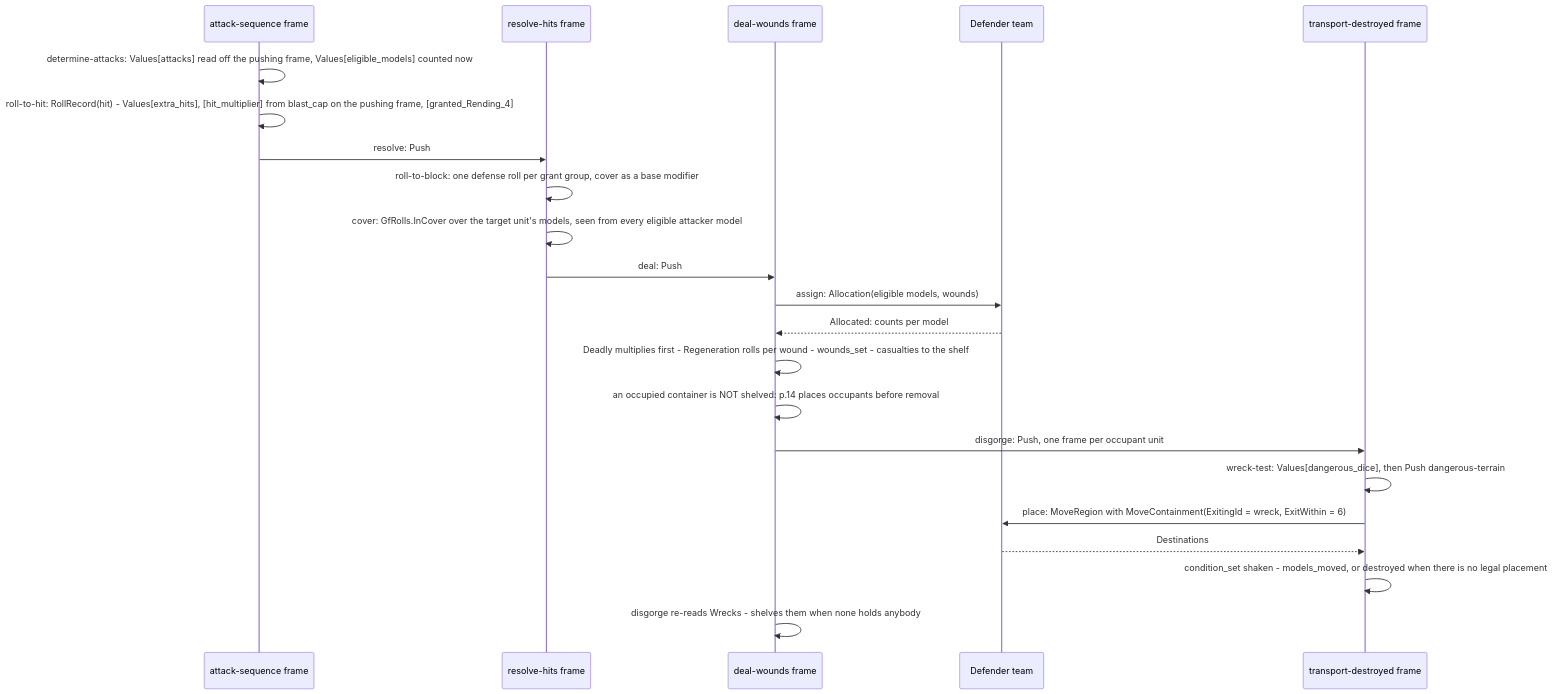
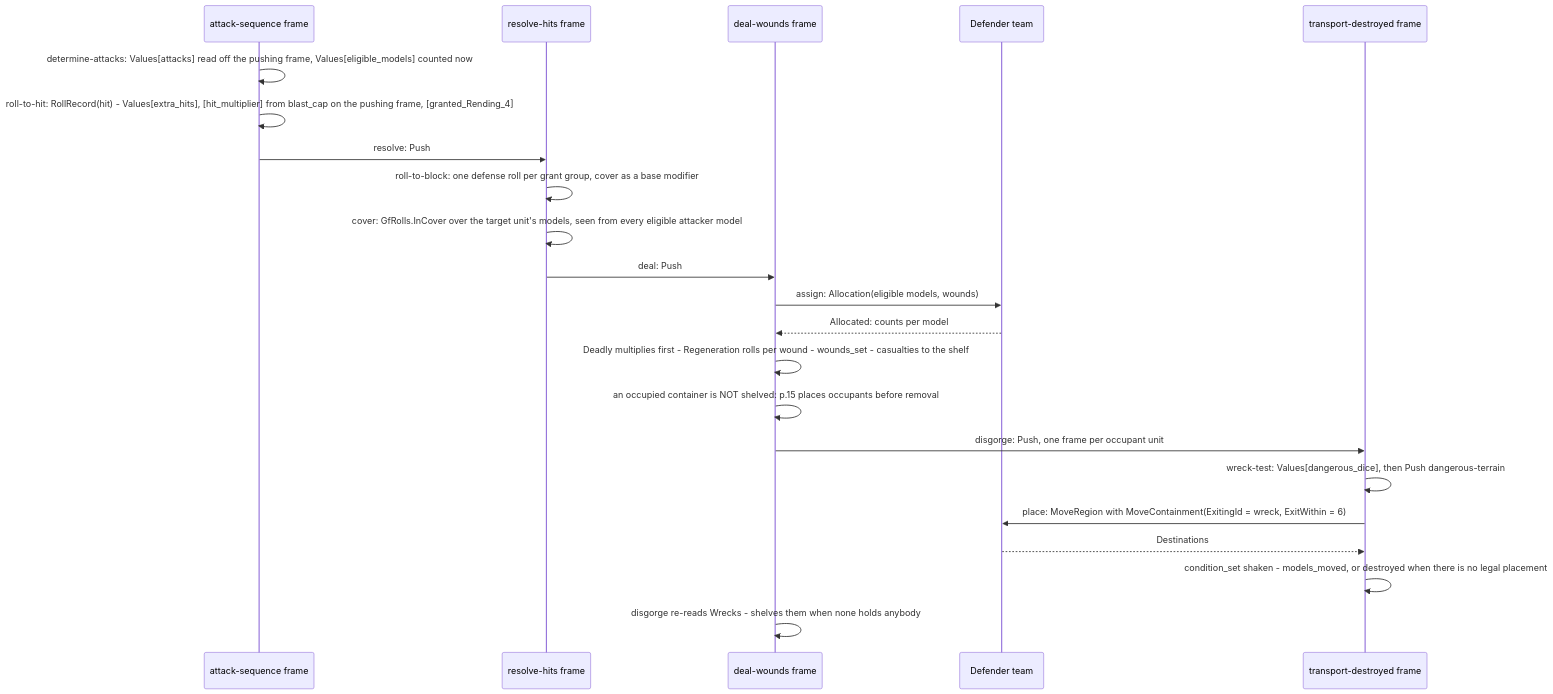
Before and after one commit to cstupi/tabletop: diagram 11 of 11 in docs/design/interpreter/design.md, drawn with Mermaid. The commit also changed other lines of this file and 4 other files, not shown here.

````diff
--- a/docs/design/interpreter/design.md
+++ b/docs/design/interpreter/design.md
@@ -1036,25 +1038,25 @@
 ```mermaid
 sequenceDiagram
     participant AS as attack-sequence frame
     participant RH as resolve-hits frame
     participant DW as deal-wounds frame
     participant Def as Defender team
     participant TD as transport-destroyed frame
 
     AS->>AS: determine-attacks: Values[attacks] read off the pushing frame, Values[eligible_models] counted now
     AS->>AS: roll-to-hit: RollRecord(hit) - Values[extra_hits], [hit_multiplier] from blast_cap on the pushing frame, [granted_Rending_4]
     AS->>RH: resolve: Push
     RH->>RH: roll-to-block: one defense roll per grant group, cover as a base modifier
     RH->>RH: cover: GfRolls.InCover over the target unit's models, seen from every eligible attacker model
     RH->>DW: deal: Push
     DW->>Def: assign: Allocation(eligible models, wounds)
     Def-->>DW: Allocated: counts per model
     DW->>DW: Deadly multiplies first - Regeneration rolls per wound - wounds_set - casualties to the shelf
-    DW->>DW: an occupied container is NOT shelved: p.14 places occupants before removal
+    DW->>DW: an occupied container is NOT shelved: p.15 places occupants before removal
     DW->>TD: disgorge: Push, one frame per occupant unit
     TD->>TD: wreck-test: Values[dangerous_dice], then Push dangerous-terrain
     TD->>Def: place: MoveRegion with MoveContainment(ExitingId = wreck, ExitWithin = 6)
     Def-->>TD: Destinations
     TD->>TD: condition_set shaken - models_moved, or destroyed when there is no legal placement
     DW->>DW: disgorge re-reads Wrecks - shelves them when none holds anybody
 ```
````
